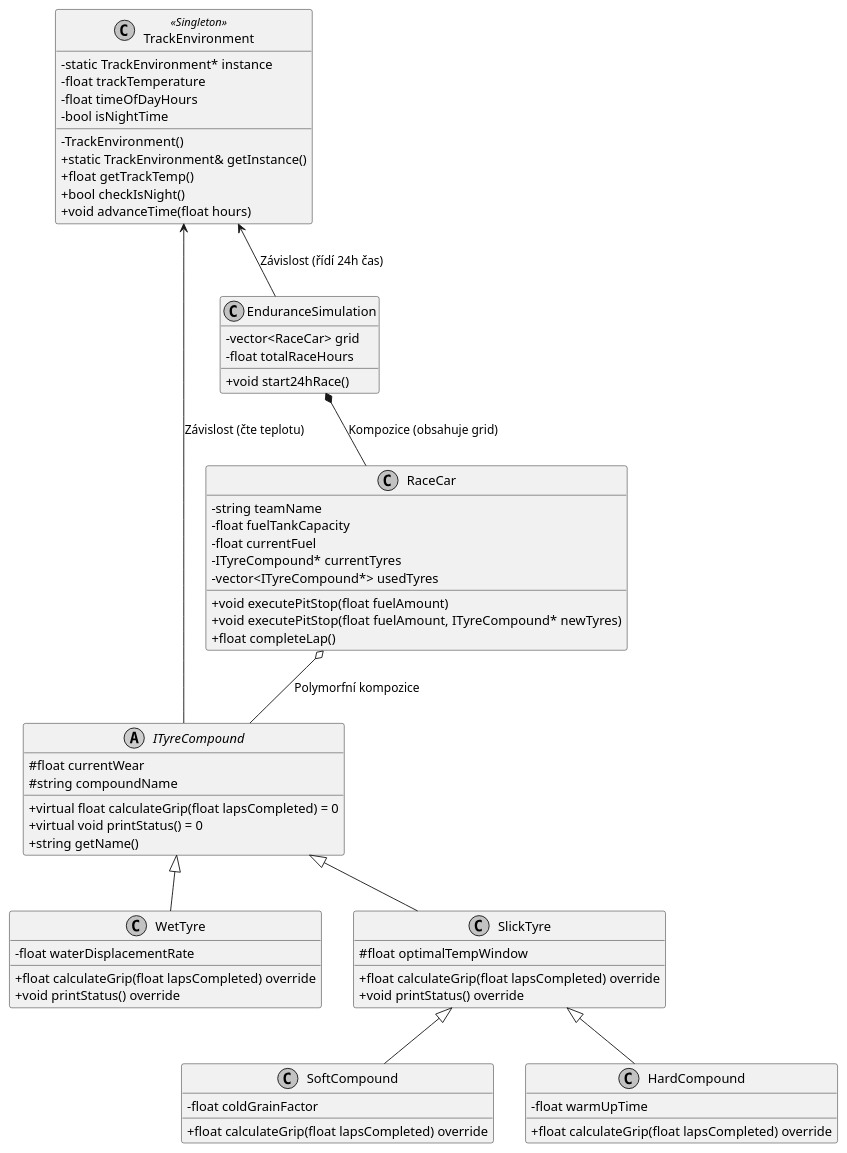
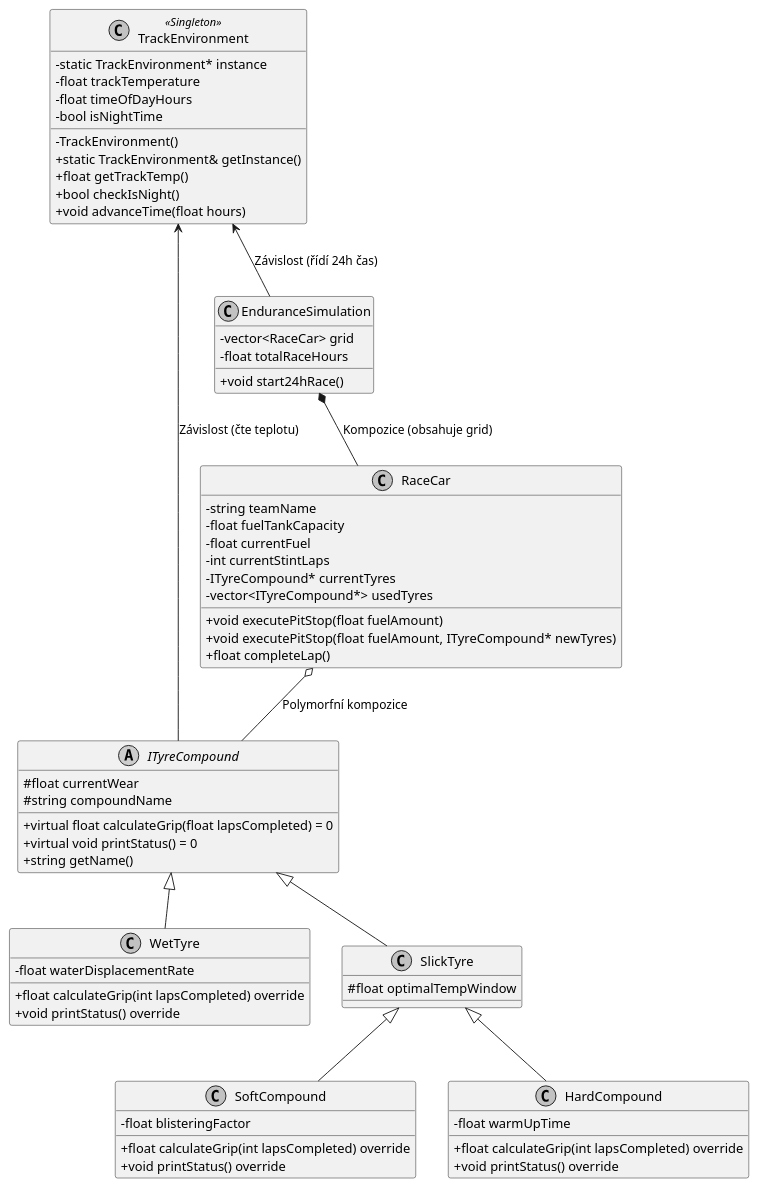
The diagram in UML-diagram/diagram.puml (PetrikVojtech/tyreStrategySimulator), drawn with PlantUML before and after one commit. The commit also changed 8 other files, not shown here.

```diff
--- a/UML-diagram/diagram.puml
+++ b/UML-diagram/diagram.puml
@@ -1,73 +1,74 @@
 @startuml tyreStrategySimDiagram
 skinparam classAttributeIconSize 0
 skinparam monochrome true
 
 class TrackEnvironment <<Singleton>> {
   - static TrackEnvironment* instance
   - float trackTemperature
   - float timeOfDayHours
   - bool isNightTime
   - TrackEnvironment()
   + static TrackEnvironment& getInstance()
   + float getTrackTemp()
   + bool checkIsNight()
   + void advanceTime(float hours)
 }
 
 abstract class ITyreCompound {
   # float currentWear
   # string compoundName
   + virtual float calculateGrip(float lapsCompleted) = 0
   + virtual void printStatus() = 0
   + string getName()
 }
 
 class WetTyre {
   - float waterDisplacementRate
-  + float calculateGrip(float lapsCompleted) override
+  + float calculateGrip(int lapsCompleted) override
   + void printStatus() override
 }
 
 class SlickTyre {
   # float optimalTempWindow
-  + float calculateGrip(float lapsCompleted) override
-  + void printStatus() override
 }
 
 class SoftCompound {
-  - float coldGrainFactor
-  + float calculateGrip(float lapsCompleted) override
+  - float blisteringFactor
+  + float calculateGrip(int lapsCompleted) override
+  + void printStatus() override
 }
 
 class HardCompound {
   - float warmUpTime
-  + float calculateGrip(float lapsCompleted) override
+  + float calculateGrip(int lapsCompleted) override
+  + void printStatus() override
 }
 
 class RaceCar {
   - string teamName
   - float fuelTankCapacity
   - float currentFuel
+  - int currentStintLaps
   - ITyreCompound* currentTyres
   - vector<ITyreCompound*> usedTyres
   + void executePitStop(float fuelAmount)
   + void executePitStop(float fuelAmount, ITyreCompound* newTyres)
   + float completeLap()
 }
 
 class EnduranceSimulation {
   - vector<RaceCar> grid
   - float totalRaceHours
   + void start24hRace()
 }
 
 ITyreCompound <|-- WetTyre
 ITyreCompound <|-- SlickTyre
 SlickTyre <|-- SoftCompound
 SlickTyre <|-- HardCompound
 
 RaceCar o-- ITyreCompound : "Polymorfní kompozice"
 EnduranceSimulation *-- RaceCar : "Kompozice (obsahuje grid)"
 TrackEnvironment <-- ITyreCompound : "Závislost (čte teplotu)"
 TrackEnvironment <-- EnduranceSimulation : "Závislost (řídí 24h čas)"
 @enduml
```
